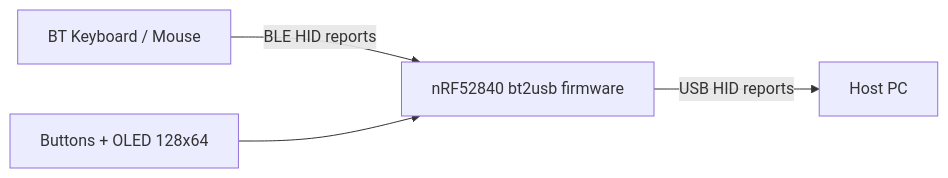
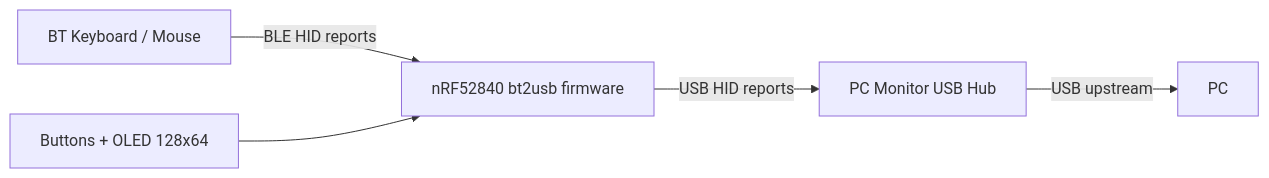
The first of 4 diagrams in README.md (chefzaid/bt2usb), drawn with Mermaid before and after one commit. The commit also changed other lines of this file and 11 other files, not shown here.

Commit message:
feat: Enhance Bluetooth-to-USB HID bridge functionality and storage

````diff
--- a/README.md
+++ b/README.md
@@ -5,6 +5,7 @@
 ```mermaid
 flowchart LR
     BT["BT Keyboard / Mouse"] -->|BLE HID reports| FW["nRF52840 bt2usb firmware"]
-    FW -->|USB HID reports| HOST["Host PC"]
+    FW -->|USB HID reports| MON["PC Monitor USB Hub"]
+    MON -->|USB upstream| PC["PC"]
     UI["Buttons + OLED 128x64"] --> FW
 ```
````
